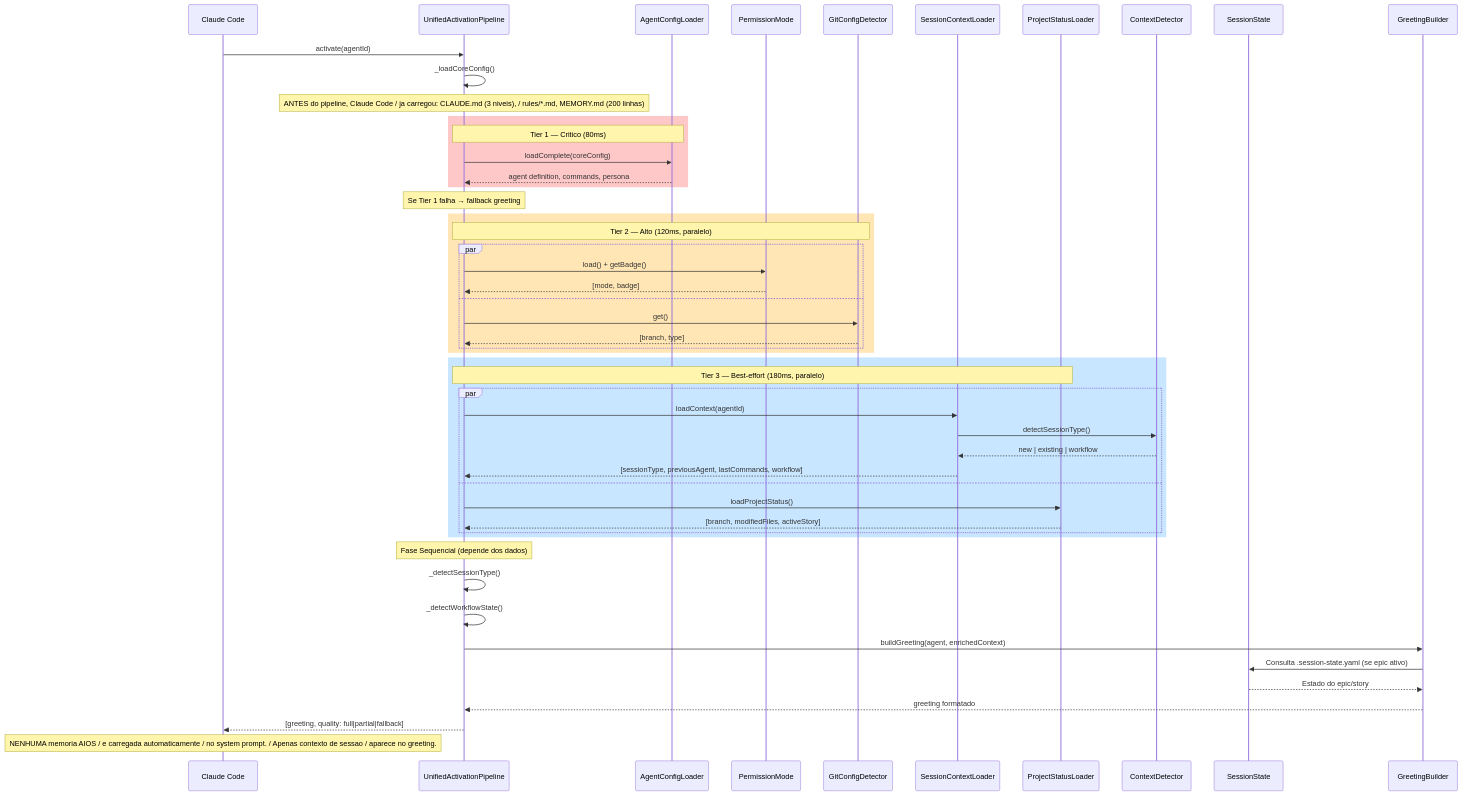
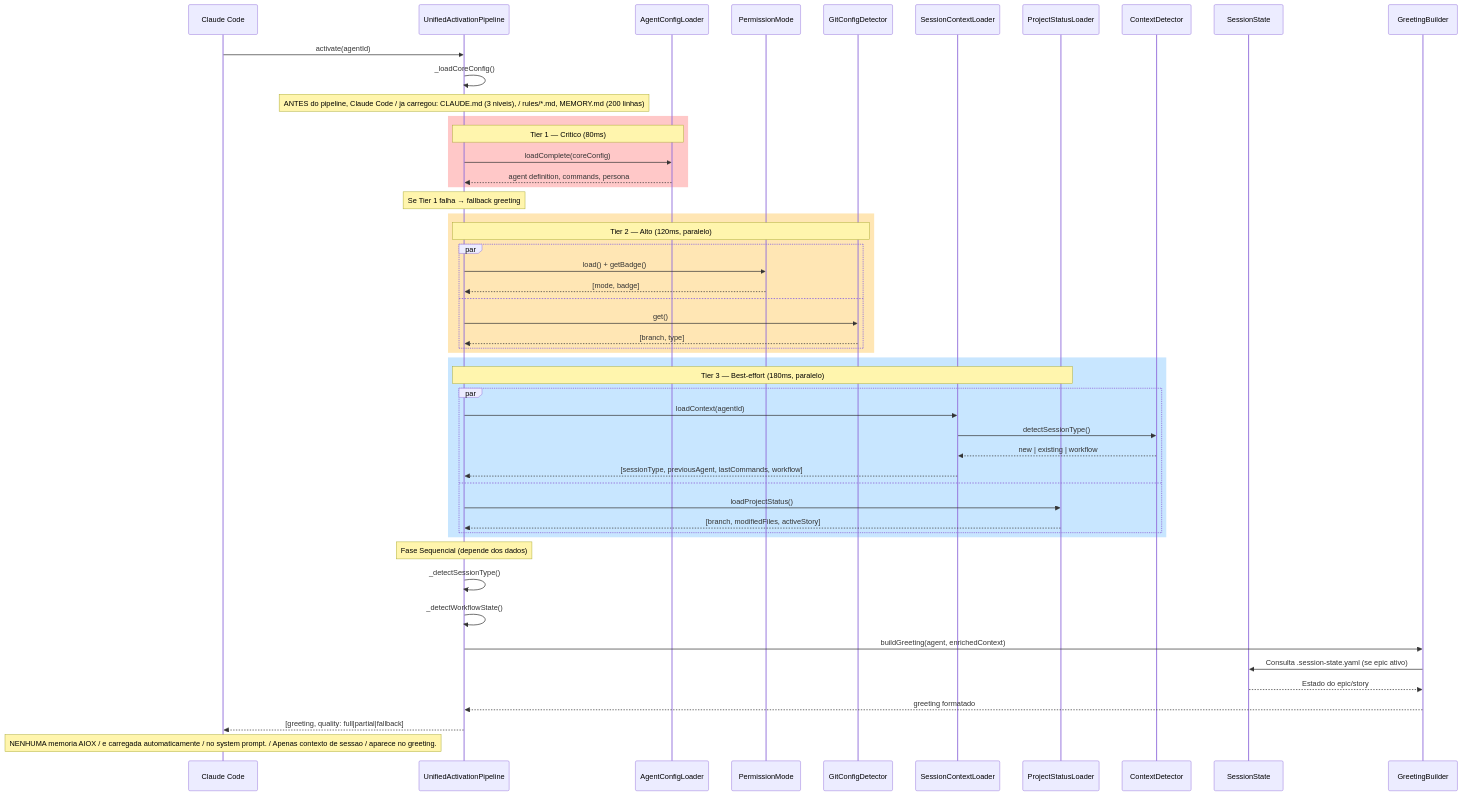
One commit to bychrisr/aios-docs changed the eighth of 18 diagrams in content/en/docs/guides/MEMORY-SYSTEM.mdx. Above: the diagram before and after it, drawn with Mermaid. The commit also changed other lines of this file and 564 other files, not shown here.

````diff
--- a/content/en/docs/guides/MEMORY-SYSTEM.mdx
+++ b/content/en/docs/guides/MEMORY-SYSTEM.mdx
@@ -366,64 +366,64 @@
 ```mermaid
 sequenceDiagram
     participant CC as Claude Code
     participant UAP as UnifiedActivationPipeline
     participant ACL as AgentConfigLoader
     participant PM as PermissionMode
     participant GCD as GitConfigDetector
     participant SCL as SessionContextLoader
     participant PSL as ProjectStatusLoader
     participant CD as ContextDetector
     participant SS as SessionState
     participant GB as GreetingBuilder
 
     CC->>UAP: activate(agentId)
     UAP->>UAP: _loadCoreConfig()
 
     Note over UAP: ANTES do pipeline, Claude Code / ja carregou: CLAUDE.md (3 niveis), / rules/*.md, MEMORY.md (200 linhas)
 
     rect rgb(255, 200, 200)
         Note over UAP,ACL: Tier 1 — Critico (80ms)
         UAP->>ACL: loadComplete(coreConfig)
         ACL-->>UAP: agent definition, commands, persona
     end
 
     Note over UAP: Se Tier 1 falha → fallback greeting
 
     rect rgb(255, 230, 180)
         Note over UAP,GCD: Tier 2 — Alto (120ms, paralelo)
         par
             UAP->>PM: load() + getBadge()
             PM-->>UAP: [mode, badge]
         and
             UAP->>GCD: get()
             GCD-->>UAP: [branch, type]
         end
     end
 
     rect rgb(200, 230, 255)
         Note over UAP,PSL: Tier 3 — Best-effort (180ms, paralelo)
         par
             UAP->>SCL: loadContext(agentId)
             SCL->>CD: detectSessionType()
             CD-->>SCL: new | existing | workflow
             SCL-->>UAP: [sessionType, previousAgent, lastCommands, workflow]
         and
             UAP->>PSL: loadProjectStatus()
             PSL-->>UAP: [branch, modifiedFiles, activeStory]
         end
     end
 
     Note over UAP: Fase Sequencial (depende dos dados)
 
     UAP->>UAP: _detectSessionType()
     UAP->>UAP: _detectWorkflowState()
 
     UAP->>GB: buildGreeting(agent, enrichedContext)
     GB->>SS: Consulta .session-state.yaml (se epic ativo)
     SS-->>GB: Estado do epic/story
     GB-->>UAP: greeting formatado
 
     UAP-->>CC: [greeting, quality: full|partial|fallback]
 
-    Note over CC: NENHUMA memoria AIOS / e carregada automaticamente / no system prompt. / Apenas contexto de sessao / aparece no greeting.
+    Note over CC: NENHUMA memoria AIOX / e carregada automaticamente / no system prompt. / Apenas contexto de sessao / aparece no greeting.
 ```
````
